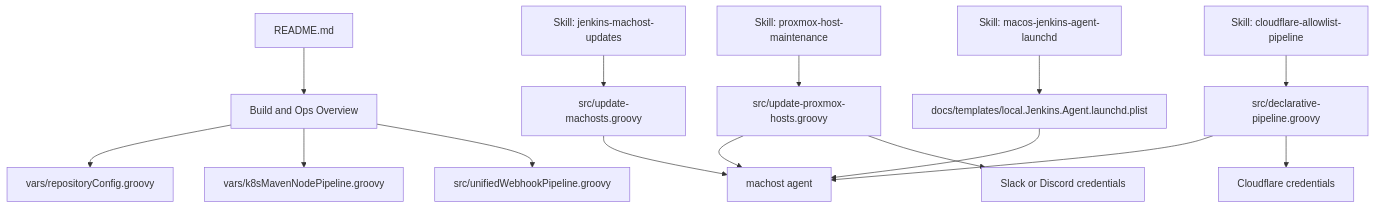
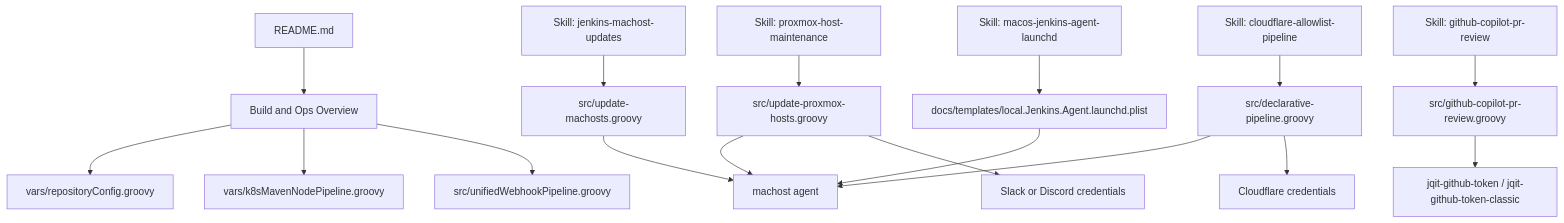
One commit to YukiOno-1015/jenkins-cli changed the diagram in README.md. Above: the diagram before and after it, drawn with Mermaid. The commit also changed other lines of this file and 2 other files, not shown here.

````diff
--- a/README.md
+++ b/README.md
@@ -142,20 +151,22 @@
 ```mermaid
 flowchart TD
   A[README.md] --> B[Build and Ops Overview]
 
   S1[Skill: jenkins-machost-updates] --> F1[src/update-machosts.groovy]
   S2[Skill: proxmox-host-maintenance] --> F2[src/update-proxmox-hosts.groovy]
   S3[Skill: cloudflare-allowlist-pipeline] --> F3[src/declarative-pipeline.groovy]
   S4[Skill: macos-jenkins-agent-launchd] --> F4[docs/templates/local.Jenkins.Agent.launchd.plist]
+  S5[Skill: github-copilot-pr-review] --> F5[src/github-copilot-pr-review.groovy]
 
   B --> C1[vars/repositoryConfig.groovy]
   B --> C2[vars/k8sMavenNodePipeline.groovy]
   B --> C3[src/unifiedWebhookPipeline.groovy]
 
   F1 --> M1[machost agent]
   F2 --> M1
   F3 --> M1
   F2 --> N1[Slack or Discord credentials]
   F3 --> N2[Cloudflare credentials]
   F4 --> M1
+  F5 --> N3[jqit-github-token / jqit-github-token-classic]
 ```
````
